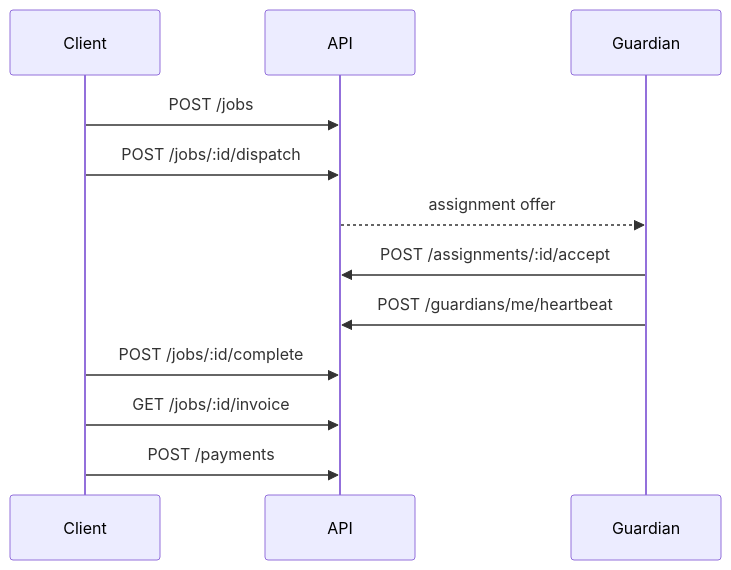
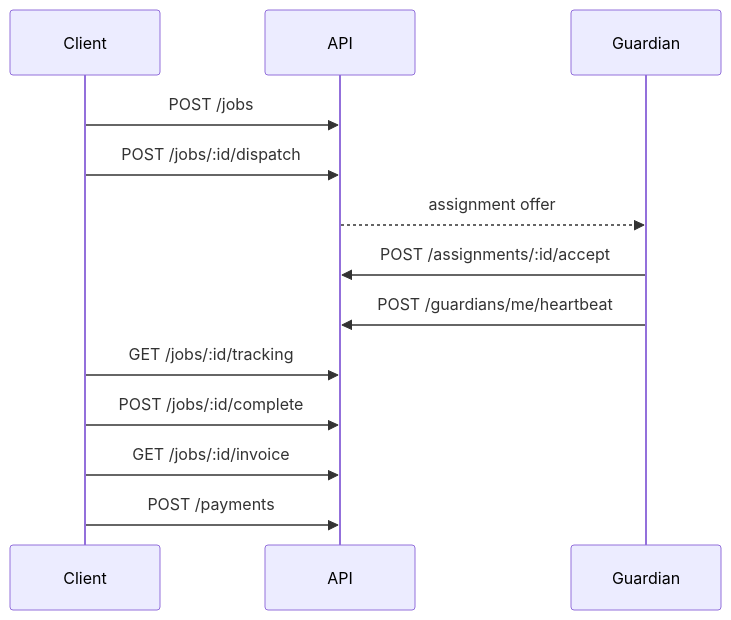
The third of 3 diagrams in docs/user-journeys.md (Orrie-Dan/Guardian-backend-service), drawn with Mermaid before and after one commit. The commit also changed other lines of this file and 13 other files, not shown here.

````diff
--- a/docs/user-journeys.md
+++ b/docs/user-journeys.md
@@ -142,15 +142,16 @@
 ```mermaid
 sequenceDiagram
   participant Client
   participant API
   participant Guardian
 
   Client->>API: POST /jobs
   Client->>API: POST /jobs/:id/dispatch
   API-->>Guardian: assignment offer
   Guardian->>API: POST /assignments/:id/accept
   Guardian->>API: POST /guardians/me/heartbeat
+  Client->>API: GET /jobs/:id/tracking
   Client->>API: POST /jobs/:id/complete
   Client->>API: GET /jobs/:id/invoice
   Client->>API: POST /payments
 ```
````
